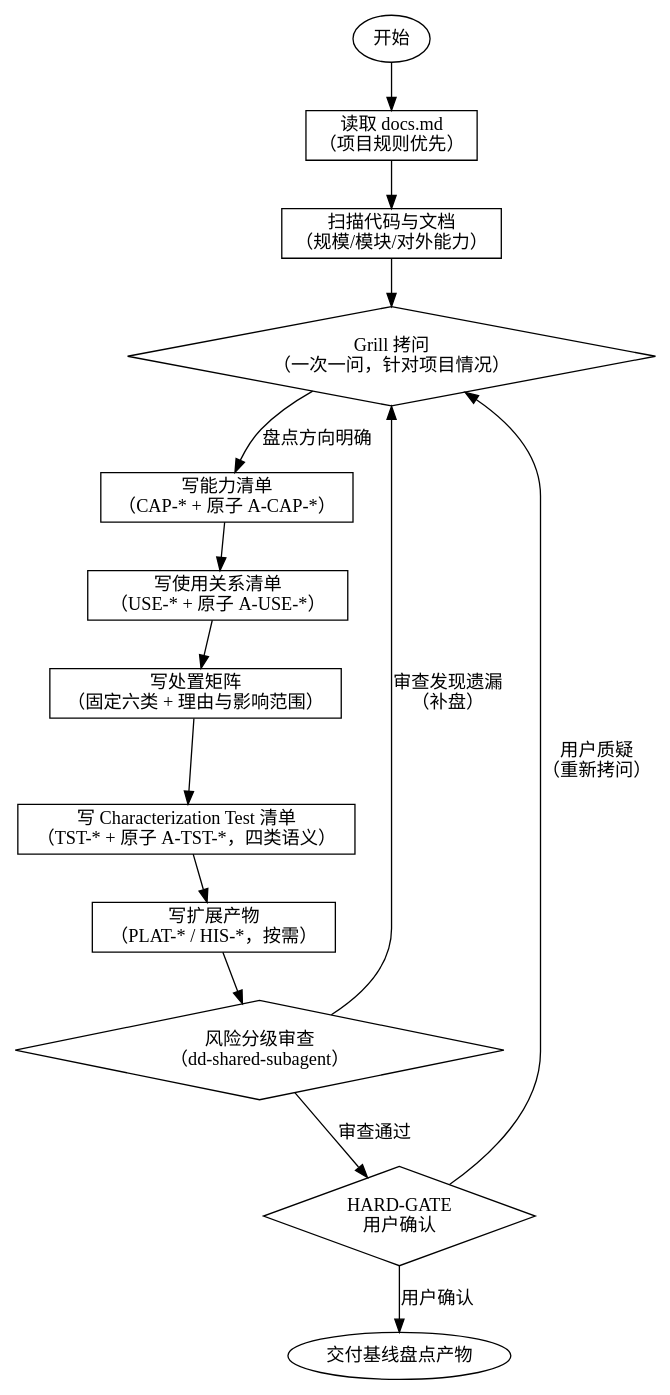
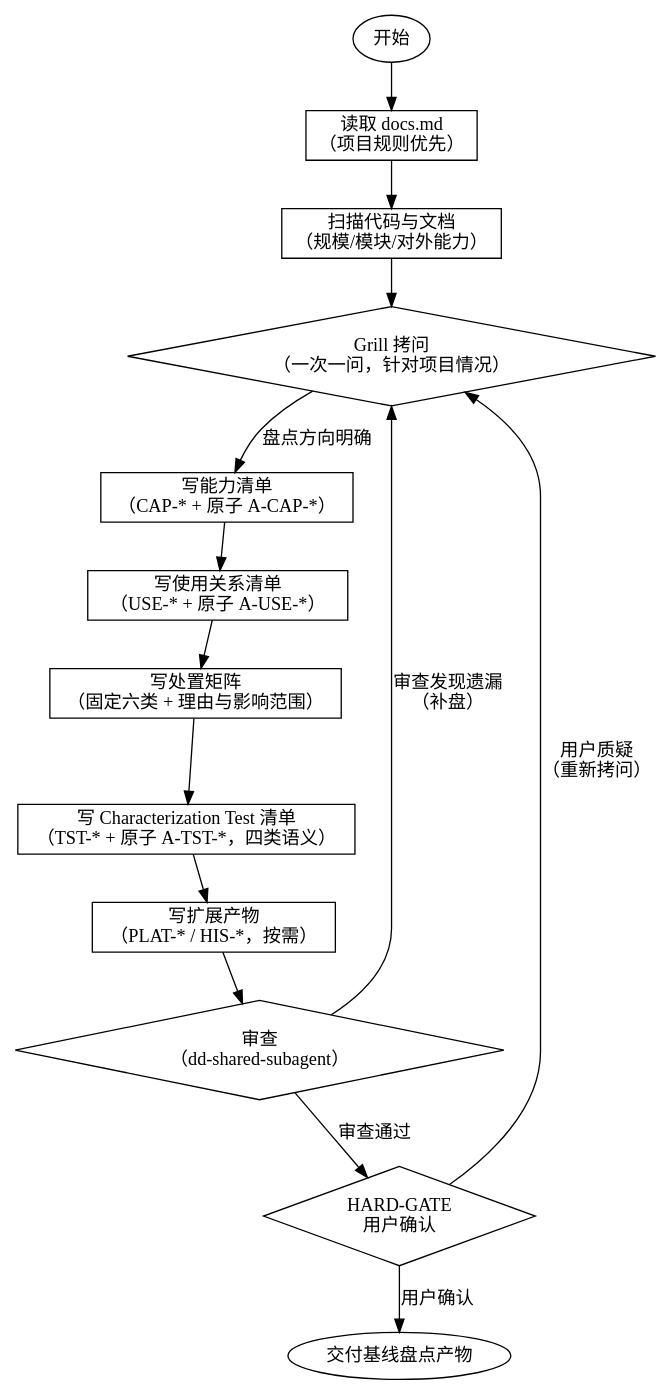
The first of 2 diagrams in dd-brownfield-baseline/SKILL.md (marcocpt/trae_skills), drawn with Graphviz before and after one commit. The commit also changed other lines of this file and 20 other files, not shown here.

````diff
--- a/dd-brownfield-baseline/SKILL.md
+++ b/dd-brownfield-baseline/SKILL.md
@@ -70,26 +70,26 @@
 ```dot
 digraph baseline_flow {
     rankdir=TB;
     node [shape=box];
     start [label="开始", shape=oval];
     read_docs [label="读取 docs.md\n（项目规则优先）"];
     scan_code [label="扫描代码与文档\n（规模/模块/对外能力）"];
     grill [label="Grill 拷问\n（一次一问，针对项目情况）", shape=diamond];
     write_cap [label="写能力清单\n（CAP-* + 原子 A-CAP-*）"];
     write_use [label="写使用关系清单\n（USE-* + 原子 A-USE-*）"];
     write_matrix [label="写处置矩阵\n（固定六类 + 理由与影响范围）"];
     write_test [label="写 Characterization Test 清单\n（TST-* + 原子 A-TST-*，四类语义）"];
     write_ext [label="写扩展产物\n（PLAT-* / HIS-*，按需）"];
-    review [label="风险分级审查\n（dd-shared-subagent）", shape=diamond];
+    review [label="审查\n（dd-shared-subagent）", shape=diamond];
     gate [label="HARD-GATE\n用户确认", shape=diamond];
     done [label="交付基线盘点产物", shape=oval];
 
     start -> read_docs -> scan_code -> grill;
     grill -> write_cap [label="盘点方向明确"];
     write_cap -> write_use -> write_matrix -> write_test -> write_ext -> review;
     review -> gate [label="审查通过"];
     review -> grill [label="审查发现遗漏\n（补盘）"];
     gate -> done [label="用户确认"];
     gate -> grill [label="用户质疑\n（重新拷问）"];
 }
 ```
````
